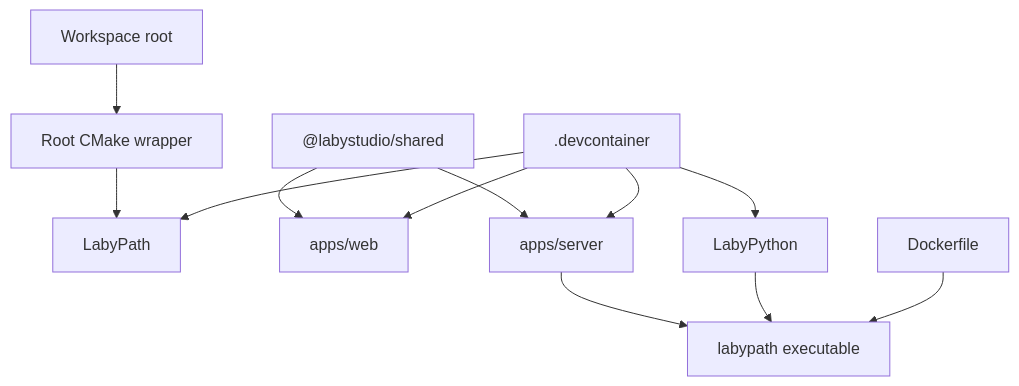
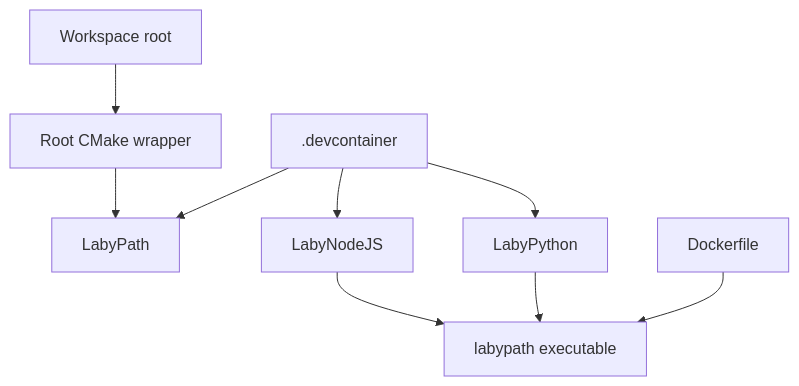
One commit to luckyrantanplan/labyc changed the first of 2 diagrams in docs/repo-architecture.md. Above: the diagram before and after it, drawn with Mermaid. The commit also changed other lines of this file and 32 other files, not shown here.

First line of the commit message:
Add tests and TypeScript configuration for LabyNodeJS orchestration

````diff
--- a/docs/repo-architecture.md
+++ b/docs/repo-architecture.md
@@ -75,16 +77,12 @@
 ```mermaid
 graph TD
     Root[Workspace root] --> CMake[Root CMake wrapper]
     CMake --> Engine[LabyPath]
 
-    StudioShared["@labystudio/shared"] --> StudioWeb[apps/web]
-    StudioShared --> StudioServer[apps/server]
-    StudioServer --> EngineCLI["labypath executable"]
-
+    NodeJS[LabyNodeJS] --> EngineCLI["labypath executable"]
     PythonGUI[LabyPython] --> EngineCLI
     Devcontainer[.devcontainer] --> Engine
     Devcontainer --> PythonGUI
-    Devcontainer --> StudioWeb
-    Devcontainer --> StudioServer
+    Devcontainer --> NodeJS
     ProdDocker[Dockerfile] --> EngineCLI
 ```
````
